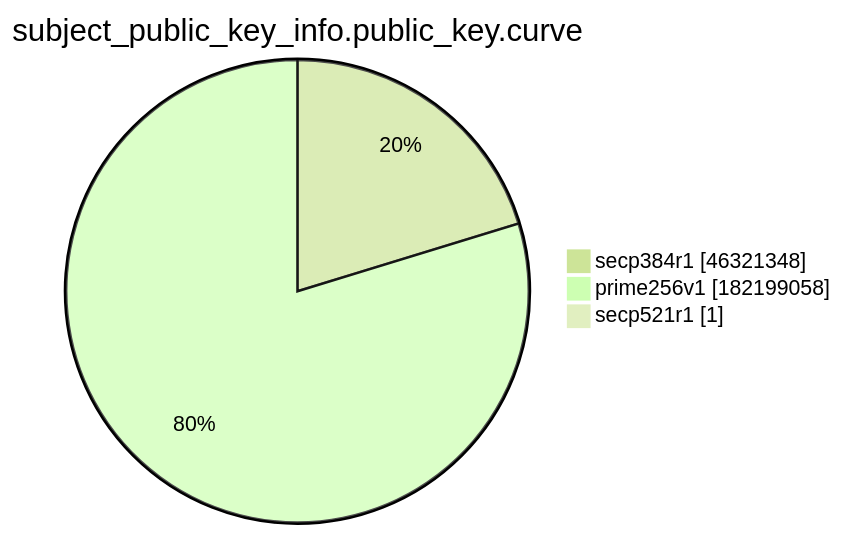
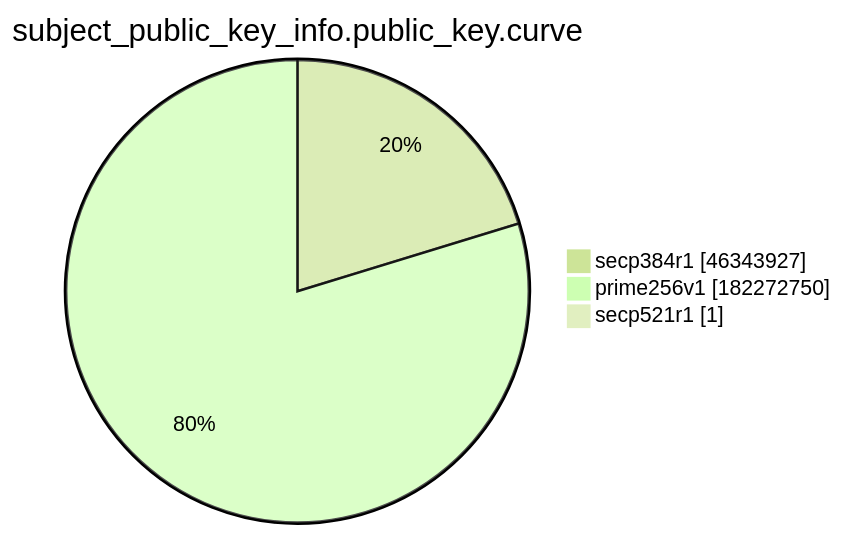
One commit to christiankrug/ctmonitor_visualization changed the ninth of 15 diagrams in xenon2022/README.md. Above: the diagram before and after it, drawn with Mermaid (forest theme). The commit also changed other lines of this file, not shown here.

````diff
--- a/xenon2022/README.md
+++ b/xenon2022/README.md
@@ -2874,7 +2874,7 @@
 ```mermaid
 pie showData
 title subject_public_key_info.public_key.curve
-"secp384r1" :46321348
-"prime256v1" :182199058
+"secp384r1" :46343927
+"prime256v1" :182272750
 "secp521r1" :1
 ```
````
